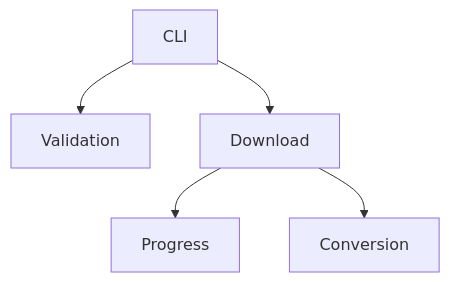
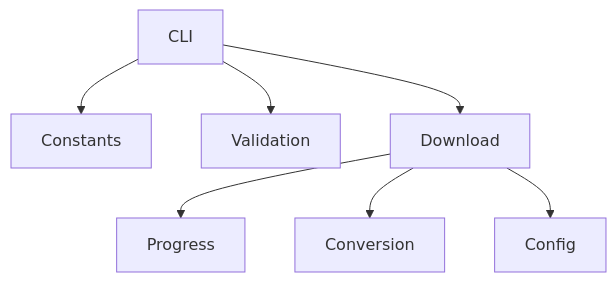
Before and after one commit to Fr3doo/Program_Youtube_Downloader: the diagram in AGENTS.md, drawn with Mermaid. The commit also changed other lines of this file and 1 other file, not shown here.

````diff
--- a/AGENTS.md
+++ b/AGENTS.md
@@ -109,7 +111,9 @@
 ```mermaid
 graph TD
+    CLI --> Constants
     CLI --> Validation
     CLI --> Download
     Download --> Progress
     Download --> Conversion
+    Download --> Config
 ```
````
